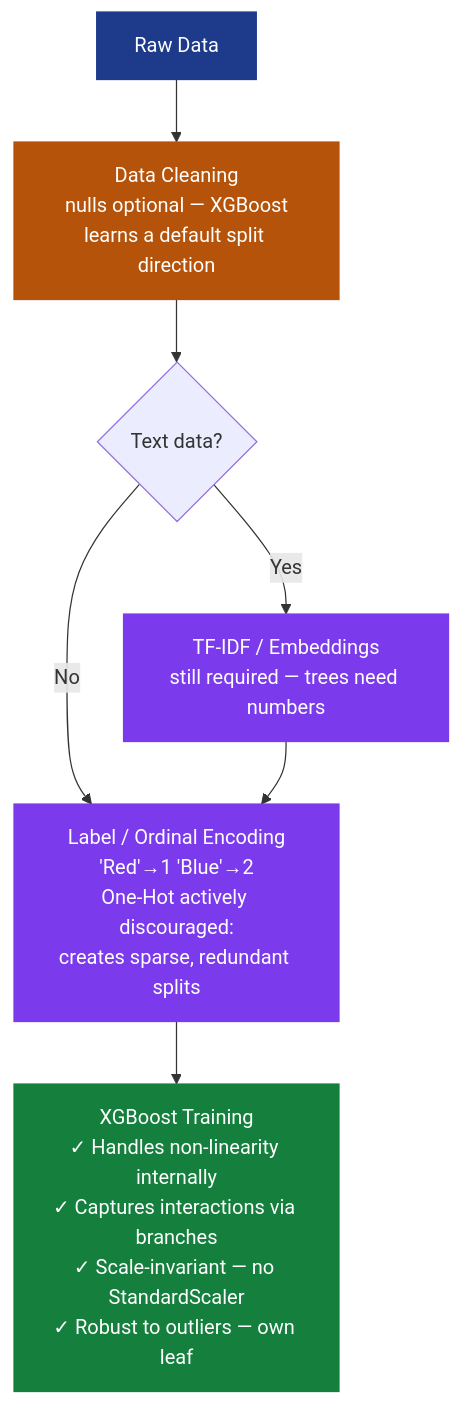
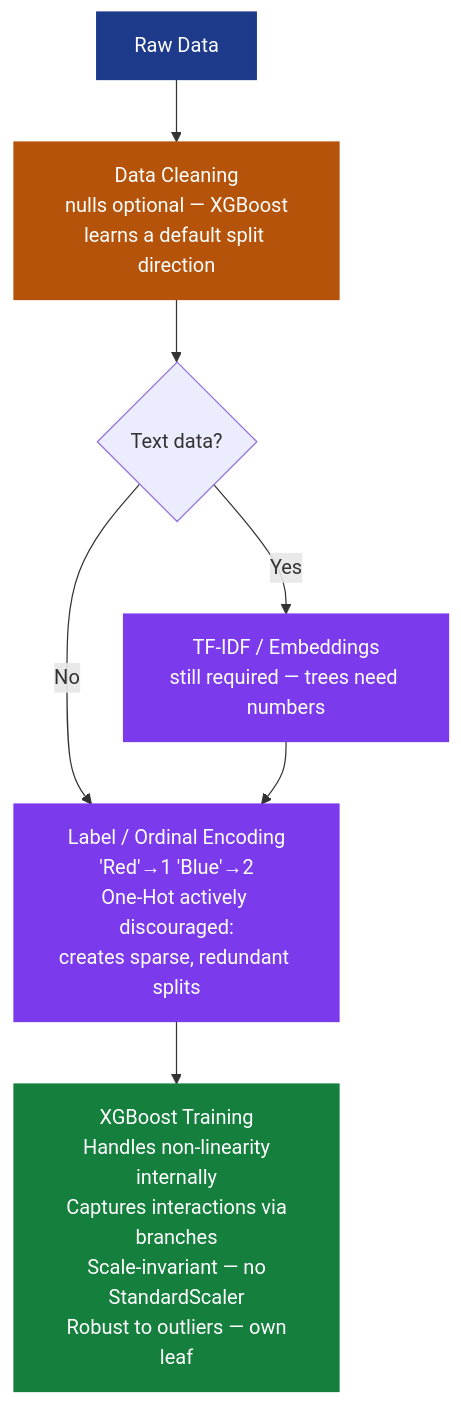
The fourth of 6 diagrams in notes/01-ml/08-ensemble-methods/ch03_xgboost_lightgbm/README.md (dsgouda7/ai-portfolio), drawn with Mermaid before and after one commit. The commit also changed other lines of this file and 391 other files, not shown here.

````diff
--- a/notes/01-ml/08-ensemble-methods/ch03_xgboost_lightgbm/README.md
+++ b/notes/01-ml/08-ensemble-methods/ch03_xgboost_lightgbm/README.md
@@ -190,15 +190,15 @@
 ```mermaid
 flowchart TD
  style A fill:#1e3a8a,color:#fff,stroke:#1e3a8a
  style B fill:#b45309,color:#fff,stroke:#b45309
  style D fill:#7c3aed,color:#fff,stroke:#7c3aed
  style E fill:#7c3aed,color:#fff,stroke:#7c3aed
  style F fill:#15803d,color:#fff,stroke:#15803d
 
  A[Raw Data] --> B["Data Cleaning\nnulls optional — XGBoost\nlearns a default split direction"]
  B --> C{Text data?}
  C -- Yes --> D["TF-IDF / Embeddings\nstill required — trees need numbers"]
  C -- No --> E
  D --> E["Label / Ordinal Encoding\n'Red'→1 'Blue'→2\nOne-Hot actively discouraged:\ncreates sparse, redundant splits"]
- E --> F["XGBoost Training\n✓ Handles non-linearity internally\n✓ Captures interactions via branches\n✓ Scale-invariant — no StandardScaler\n✓ Robust to outliers — own leaf"]
+ E --> F["XGBoost Training\n Handles non-linearity internally\n Captures interactions via branches\n Scale-invariant — no StandardScaler\n Robust to outliers — own leaf"]
 ```
````
